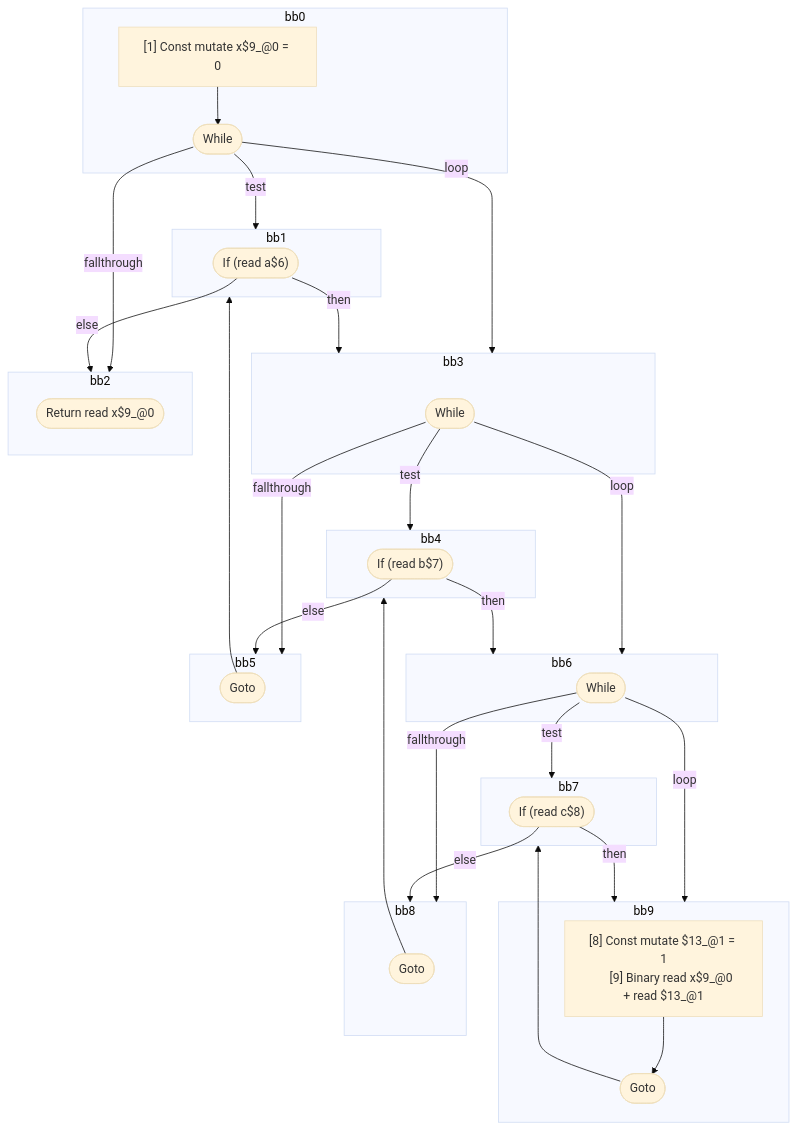
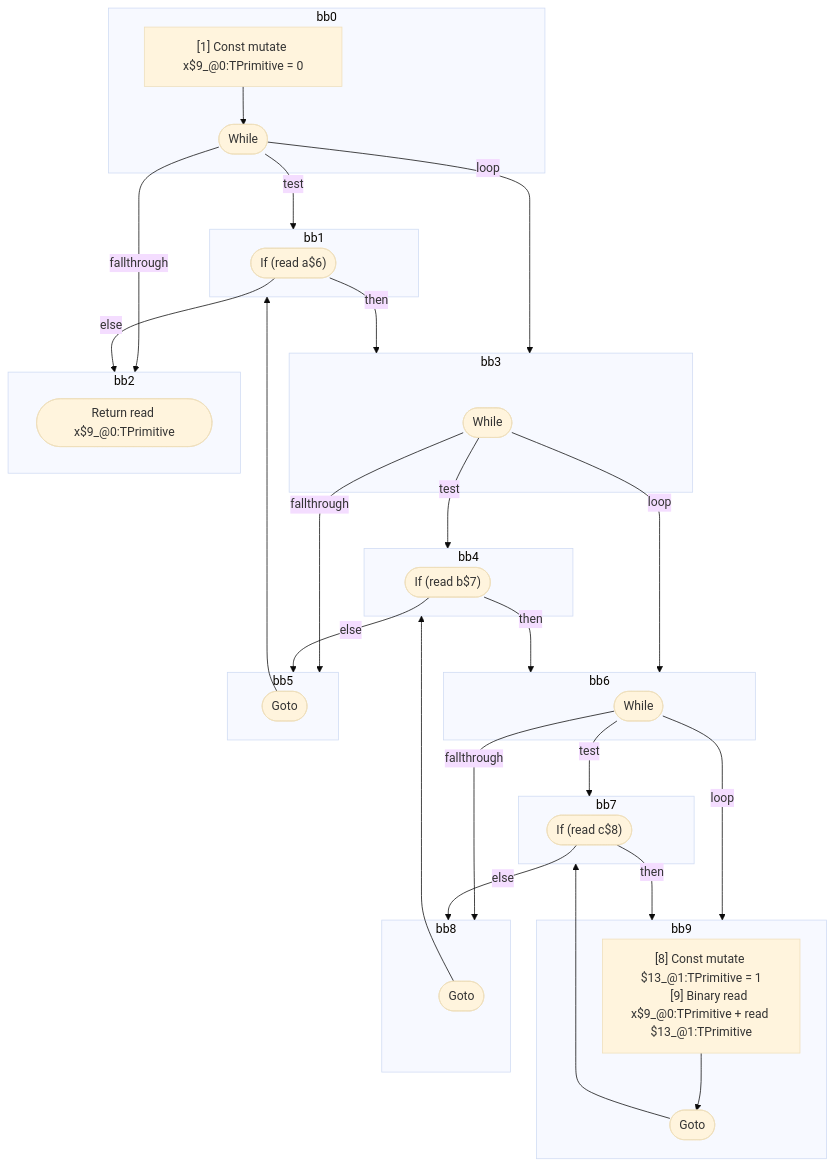
The diagram in compiler/forget/src/__tests__/fixtures/hir/ssa-nested-loops-no-reassign.expect.md (wutsmog/private), drawn with Mermaid (base theme) before and after one commit. The commit also changed other lines of this file and 112 other files, not shown here.

````diff
--- a/compiler/forget/src/__tests__/fixtures/hir/ssa-nested-loops-no-reassign.expect.md
+++ b/compiler/forget/src/__tests__/fixtures/hir/ssa-nested-loops-no-reassign.expect.md
@@ -89,62 +89,62 @@
 ```mermaid
 flowchart TB
   %% Basic Blocks
   subgraph bb0
     bb0_instrs["
-      [1] Const mutate x$9_@0 = 0
+      [1] Const mutate x$9_@0:TPrimitive = 0
     "]
     bb0_instrs --> bb0_terminal(["While"])
   end
   subgraph bb1
     bb1_terminal(["If (read a$6)"])
   end
   subgraph bb3
     bb3_terminal(["While"])
   end
   subgraph bb4
     bb4_terminal(["If (read b$7)"])
   end
   subgraph bb6
     bb6_terminal(["While"])
   end
   subgraph bb7
     bb7_terminal(["If (read c$8)"])
   end
   subgraph bb9
     bb9_instrs["
-      [8] Const mutate $13_@1 = 1
-      [9] Binary read x$9_@0 + read $13_@1
+      [8] Const mutate $13_@1:TPrimitive = 1
+      [9] Binary read x$9_@0:TPrimitive + read $13_@1:TPrimitive
     "]
     bb9_instrs --> bb9_terminal(["Goto"])
   end
   subgraph bb8
     bb8_terminal(["Goto"])
   end
   subgraph bb5
     bb5_terminal(["Goto"])
   end
   subgraph bb2
-    bb2_terminal(["Return read x$9_@0"])
+    bb2_terminal(["Return read x$9_@0:TPrimitive"])
   end
 
   %% Jumps
   bb0_terminal -- "test" --> bb1
   bb0_terminal -- "loop" --> bb3
   bb0_terminal -- "fallthrough" --> bb2
   bb1_terminal -- "then" --> bb3
   bb1_terminal -- "else" --> bb2
   bb3_terminal -- "test" --> bb4
   bb3_terminal -- "loop" --> bb6
   bb3_terminal -- "fallthrough" --> bb5
   bb4_terminal -- "then" --> bb6
   bb4_terminal -- "else" --> bb5
   bb6_terminal -- "test" --> bb7
   bb6_terminal -- "loop" --> bb9
   bb6_terminal -- "fallthrough" --> bb8
   bb7_terminal -- "then" --> bb9
   bb7_terminal -- "else" --> bb8
   bb9_terminal --> bb7
   bb8_terminal --> bb4
   bb5_terminal --> bb1
 
 ```
````
